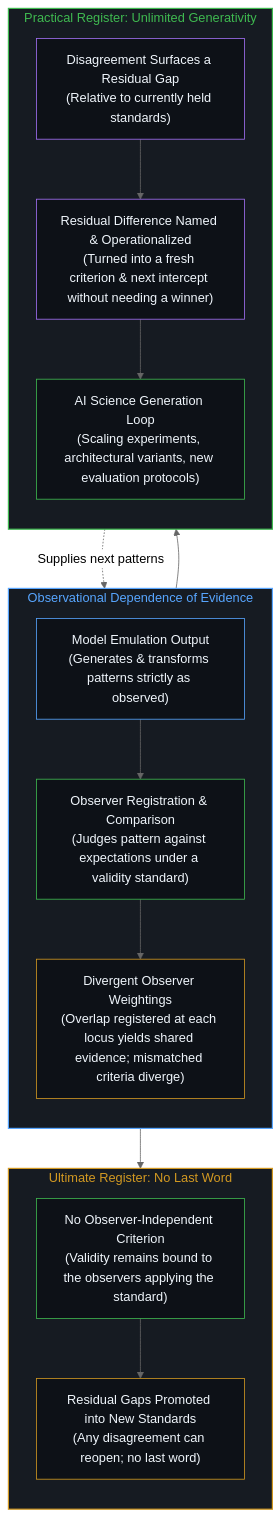
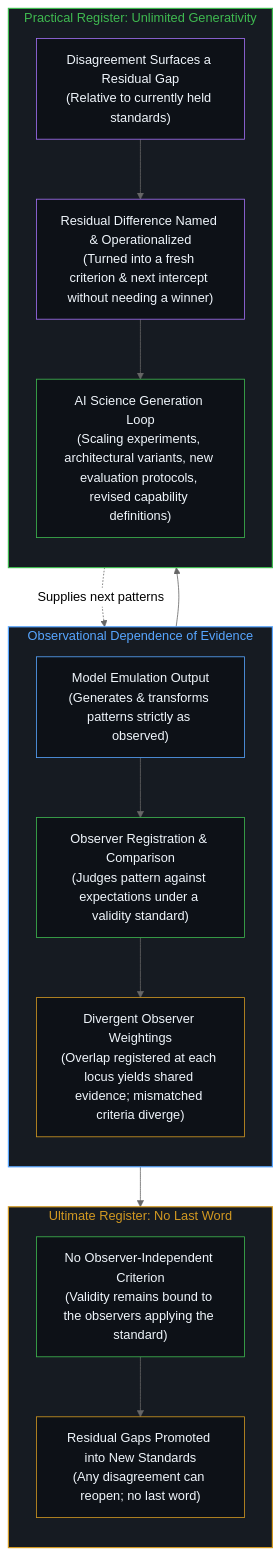
Before and after one commit to powerpig99/not-a-toe: the fourth of 4 diagrams in content/posts/intelligence-in-observation-and-the-residual-gap.md, drawn with Mermaid (neutral theme). The commit also changed other lines of this file and 3 other files, not shown here.

````diff
--- a/content/posts/intelligence-in-observation-and-the-residual-gap.md
+++ b/content/posts/intelligence-in-observation-and-the-residual-gap.md
@@ -149,39 +149,39 @@
 ```mermaid
 flowchart TD
     subgraph S_Registration["Observational Dependence of Evidence"]
         direction TB
         MOD["Model Emulation Output<br/>(Generates & transforms patterns strictly as observed)"]
         REG["Observer Registration & Comparison<br/>(Judges pattern against expectations under a validity standard)"]
         DIV["Divergent Observer Weightings<br/>(Overlap registered at each locus yields shared evidence; mismatched criteria diverge)"]
         MOD --> REG
         REG --> DIV
     end
     subgraph S_Ultimate["Ultimate Register: No Last Word"]
         direction TB
         NOEXT["No Observer-Independent Criterion<br/>(Validity remains bound to the observers applying the standard)"]
         OPEN["Residual Gaps Promoted into New Standards<br/>(Any disagreement can reopen; no last word)"]
         NOEXT --> OPEN
     end
     subgraph S_Practical["Practical Register: Unlimited Generativity"]
         direction TB
         SURF["Disagreement Surfaces a Residual Gap<br/>(Relative to currently held standards)"]
         OPER["Residual Difference Named & Operationalized<br/>(Turned into a fresh criterion & next intercept without needing a winner)"]
-        LOOP["AI Science Generation Loop<br/>(Scaling experiments, architectural variants, new evaluation protocols)"]
+        LOOP["AI Science Generation Loop<br/>(Scaling experiments, architectural variants, new evaluation protocols, revised capability definitions)"]
         SURF --> OPER
         OPER --> LOOP
         LOOP -. "Supplies next patterns" .-> MOD
     end
     DIV --> NOEXT
     DIV --> SURF
     style S_Registration fill:#161b22,stroke:#58a6ff,stroke-width:1.5px,color:#58a6ff
     style S_Ultimate fill:#161b22,stroke:#d29922,stroke-width:1.5px,color:#d29922
     style S_Practical fill:#161b22,stroke:#3fb950,stroke-width:1.5px,color:#3fb950
     style MOD fill:#0d1117,stroke:#58a6ff,stroke-width:1px,color:#f0f6fc
     style REG fill:#0d1117,stroke:#3fb950,stroke-width:1px,color:#f0f6fc
     style DIV fill:#0d1117,stroke:#d29922,stroke-width:1px,color:#f0f6fc
     style NOEXT fill:#0d1117,stroke:#3fb950,stroke-width:1px,color:#f0f6fc
     style OPEN fill:#0d1117,stroke:#d29922,stroke-width:1px,color:#f0f6fc
     style SURF fill:#0d1117,stroke:#a371f7,stroke-width:1px,color:#f0f6fc
     style OPER fill:#0d1117,stroke:#a371f7,stroke-width:1px,color:#f0f6fc
     style LOOP fill:#0d1117,stroke:#3fb950,stroke-width:1px,color:#f0f6fc
 ```
````
